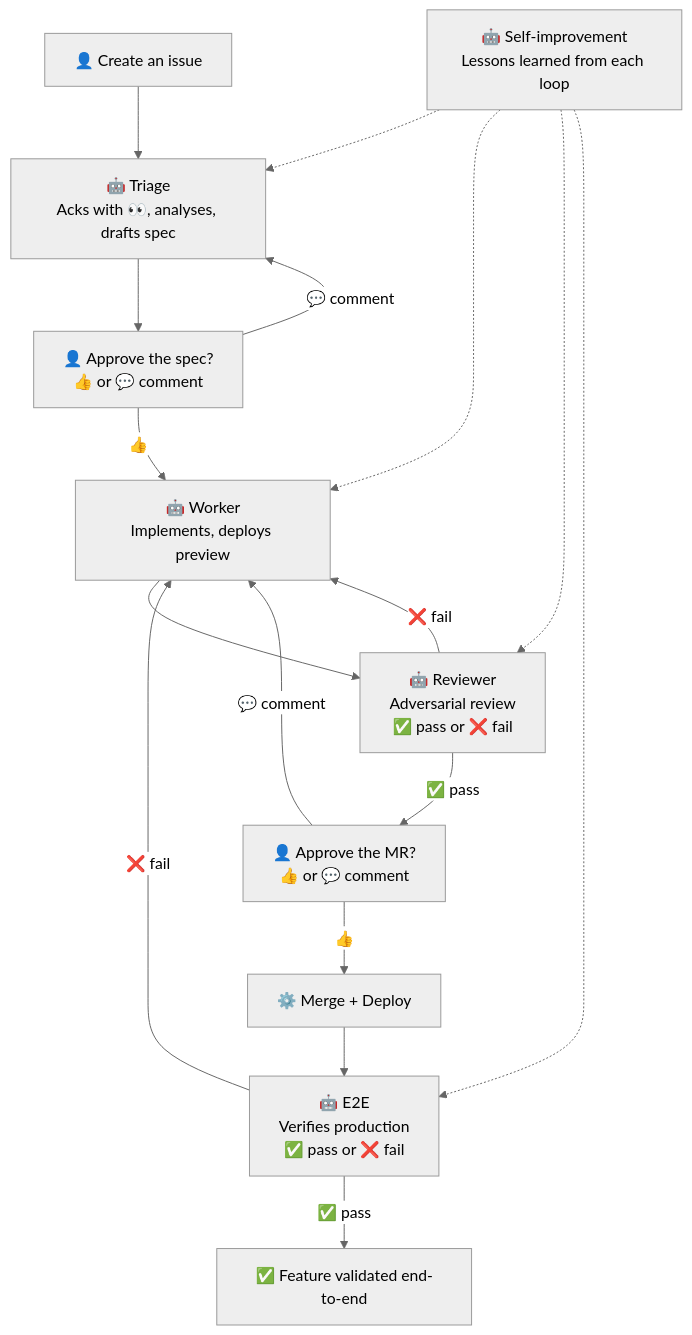
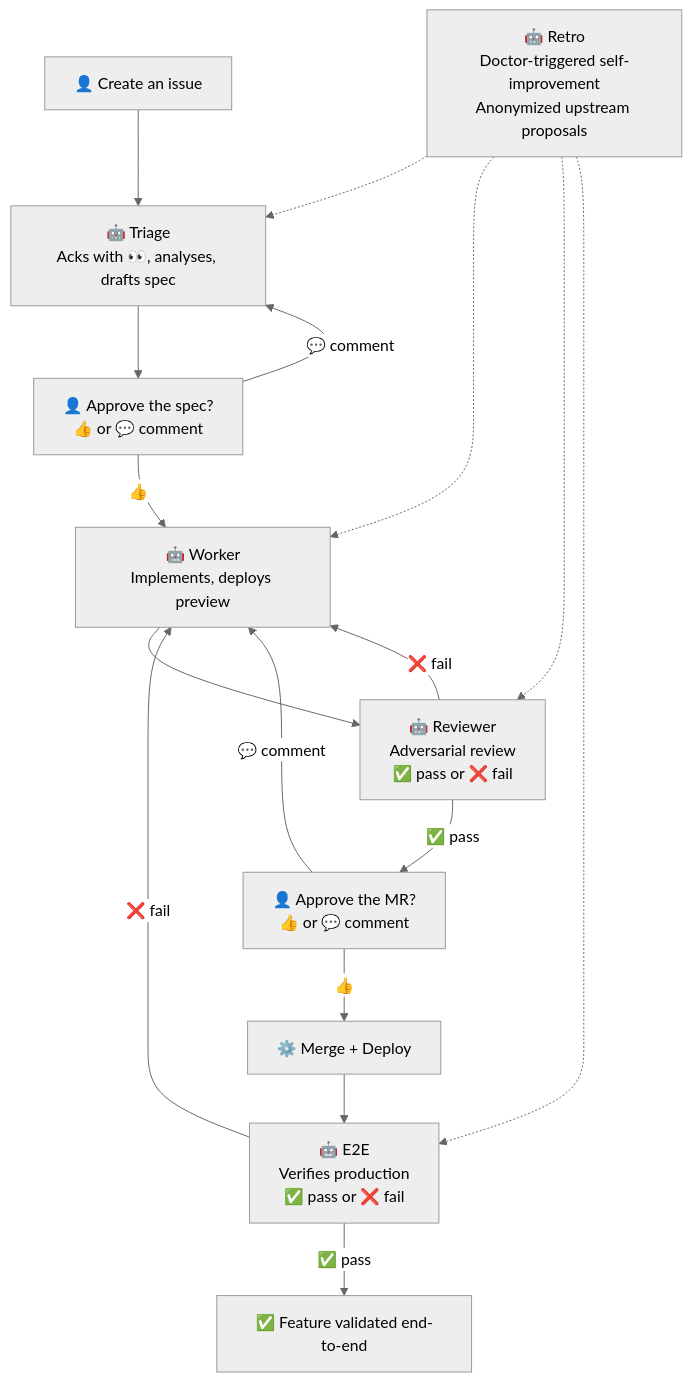
The first of 3 diagrams in ARCHITECTURE.md (ankaboot-source/boucle.dev), drawn with Mermaid (neutral theme) before and after one commit. The commit also changed other lines of this file and 2 other files, not shown here.

````diff
--- a/ARCHITECTURE.md
+++ b/ARCHITECTURE.md
@@ -28,20 +28,20 @@
 ```mermaid
 flowchart TD
     H1["👤 Create an issue"] --> T["🤖 Triage<br/>Acks with 👀, analyses, drafts spec"]
     T --> H2["👤 Approve the spec?<br/>👍 or 💬 comment"]
     H2 -->|👍| W["🤖 Worker<br/>Implements, deploys preview"]
     H2 -->|💬 comment| T
     W --> R["🤖 Reviewer<br/>Adversarial review<br/>✅ pass or ❌ fail"]
     R -->|✅ pass| H3["👤 Approve the MR?<br/>👍 or 💬 comment"]
     R -->|❌ fail| W
     H3 -->|👍| M["⚙️ Merge + Deploy"]
     H3 -->|💬 comment| W
     M --> E["🤖 E2E<br/>Verifies production<br/>✅ pass or ❌ fail"]
     E -->|✅ pass| D["✅ Feature validated end-to-end"]
     E -->|❌ fail| W
-    L["🤖 Self-improvement<br/>Lessons learned from each loop"]
+    L["🤖 Retro<br/>Doctor-triggered self-improvement<br/>Anonymized upstream proposals"]
     L -.-> T
     L -.-> W
     L -.-> R
     L -.-> E
 ```
````
